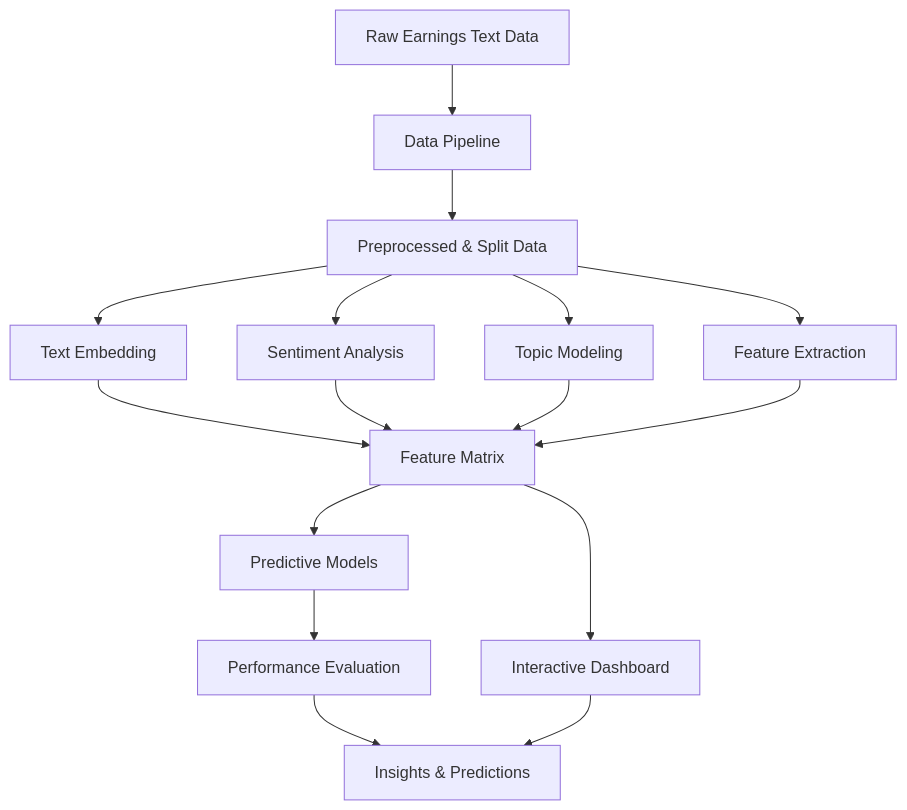
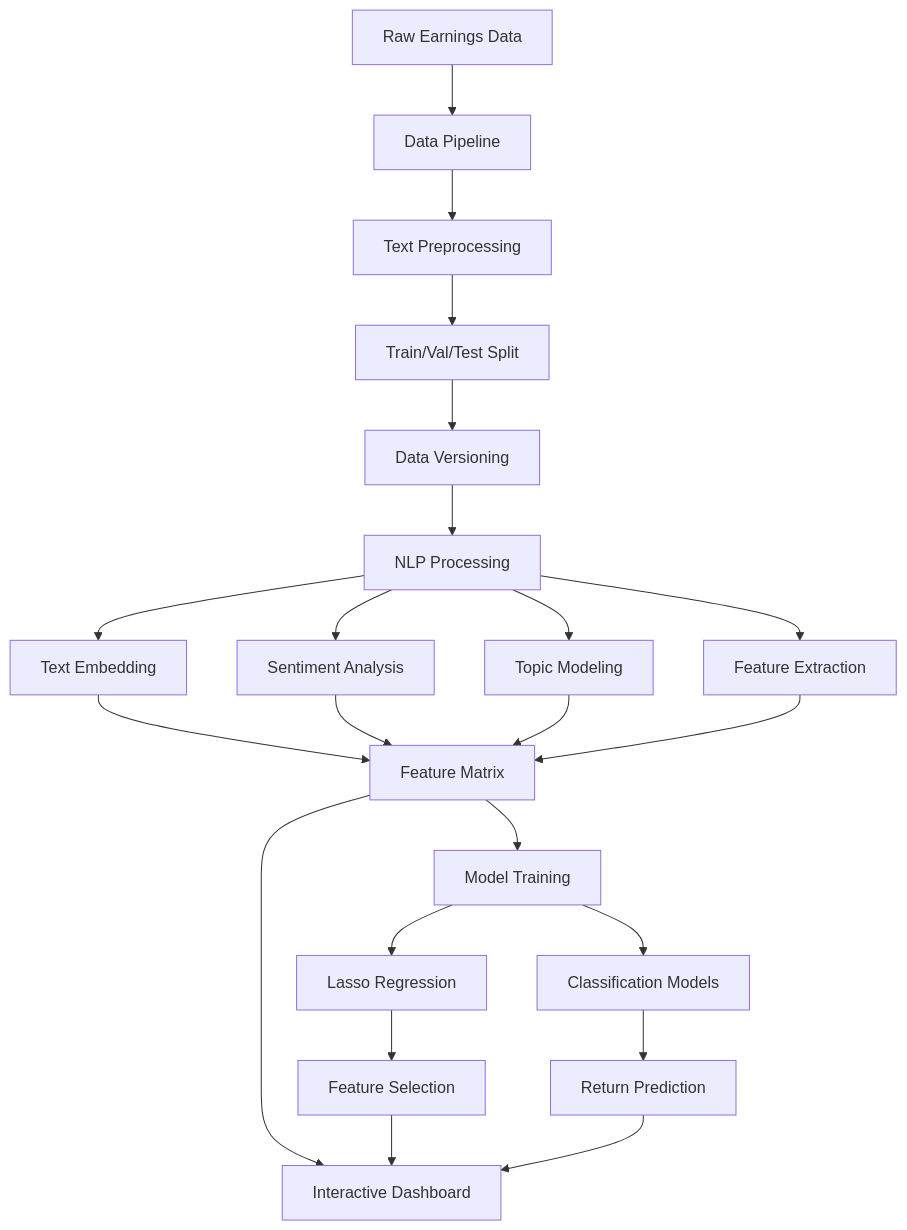
Before and after one commit to Adredes-weslee/NLP_earnings_report: the diagram in README.md, drawn with Mermaid. The commit also changed other lines of this file, not shown here.

Commit message:
Update README.md for enhanced project description, key features, and system architecture

````diff
--- a/README.md
+++ b/README.md
@@ -69,18 +196,29 @@
 ```mermaid
 graph TD
-    A[Raw Earnings Text Data] --> B[Data Pipeline]
-    B --> C[Preprocessed & Split Data]
-    C --> D[Text Embedding]
-    C --> E[Sentiment Analysis]
-    C --> F[Topic Modeling]
-    C --> G[Feature Extraction]
-    D --> H[Feature Matrix]
-    E --> H
-    F --> H
-    G --> H
-    H --> I[Predictive Models]
-    H --> J[Interactive Dashboard]
-    I --> K[Performance Evaluation]
-    K --> L[Insights & Predictions]
-    J --> L
+    A[Raw Earnings Data] --> B[Data Pipeline]
+    B --> C[Text Preprocessing]
+    C --> D[Train/Val/Test Split]
+    D --> E[Data Versioning]
+    
+    E --> F[NLP Processing]
+    F --> G[Text Embedding]
+    F --> H[Sentiment Analysis]
+    F --> I[Topic Modeling]
+    F --> J[Feature Extraction]
+    
+    G --> K[Feature Matrix]
+    H --> K
+    I --> K
+    J --> K
+    
+    K --> L[Model Training]
+    L --> M[Lasso Regression]
+    L --> N[Classification Models]
+    
+    M --> O[Feature Selection]
+    N --> P[Return Prediction]
+    
+    K --> Q[Interactive Dashboard]
+    O --> Q
+    P --> Q
 ```
````
